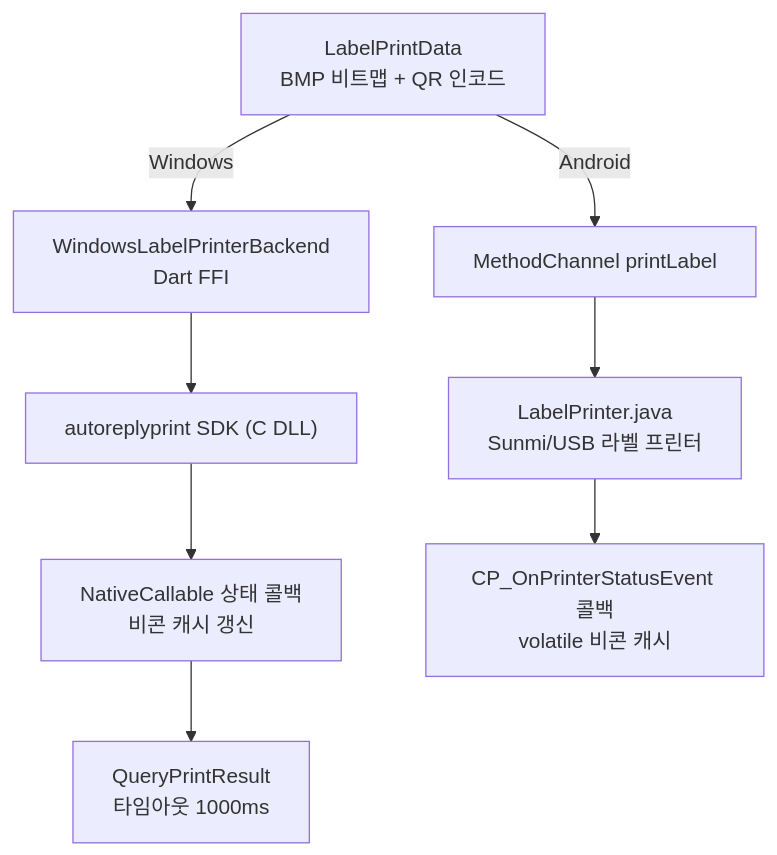
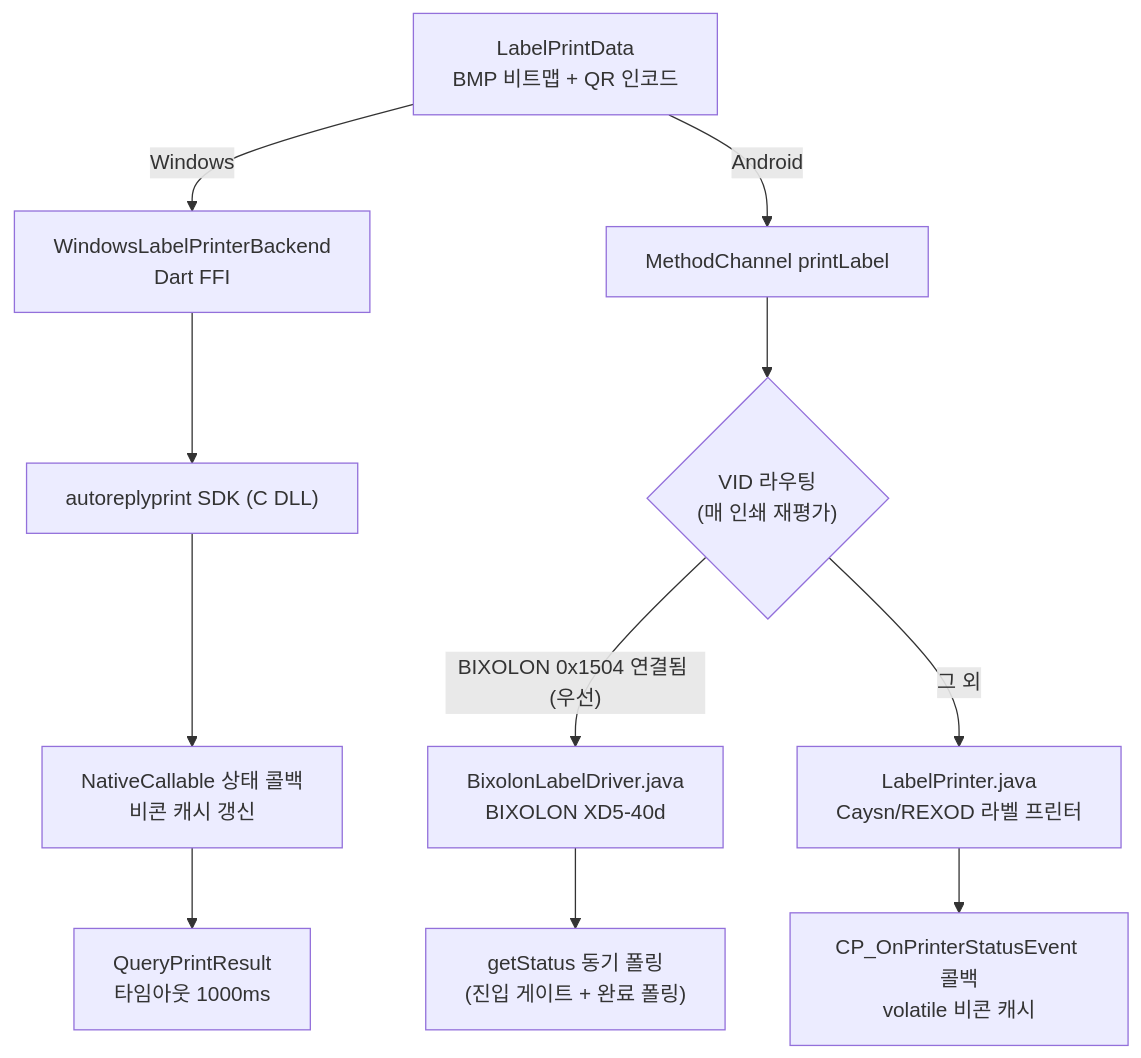
The third of 4 diagrams in docs/PRINTER_FLOW.md (waldlustpos/appfit_order_agent), drawn with Mermaid before and after one commit. The commit also changed other lines of this file and 19 other files, not shown here.

````diff
--- a/docs/PRINTER_FLOW.md
+++ b/docs/PRINTER_FLOW.md
@@ -102,13 +102,16 @@
 ```mermaid
 flowchart TD
     LBL["LabelPrintData<br/>BMP 비트맵 + QR 인코드"]
     LBL -->|Windows| WB["WindowsLabelPrinterBackend<br/>Dart FFI"]
     LBL -->|Android| LMC["MethodChannel printLabel"]
 
     WB --> FFI["autoreplyprint SDK (C DLL)"]
     FFI --> CB["NativeCallable 상태 콜백<br/>비콘 캐시 갱신"]
     CB --> QPR["QueryPrintResult<br/>타임아웃 1000ms"]
 
-    LMC --> LJ["LabelPrinter.java<br/>Sunmi/USB 라벨 프린터"]
+    LMC --> RT{"VID 라우팅<br/>(매 인쇄 재평가)"}
+    RT -->|"BIXOLON 0x1504 연결됨 (우선)"| BXD["BixolonLabelDriver.java<br/>BIXOLON XD5-40d"]
+    RT -->|그 외| LJ["LabelPrinter.java<br/>Caysn/REXOD 라벨 프린터"]
     LJ --> LCB["CP_OnPrinterStatusEvent 콜백<br/>volatile 비콘 캐시"]
+    BXD --> BST["getStatus 동기 폴링<br/>(진입 게이트 + 완료 폴링)"]
 ```
````
